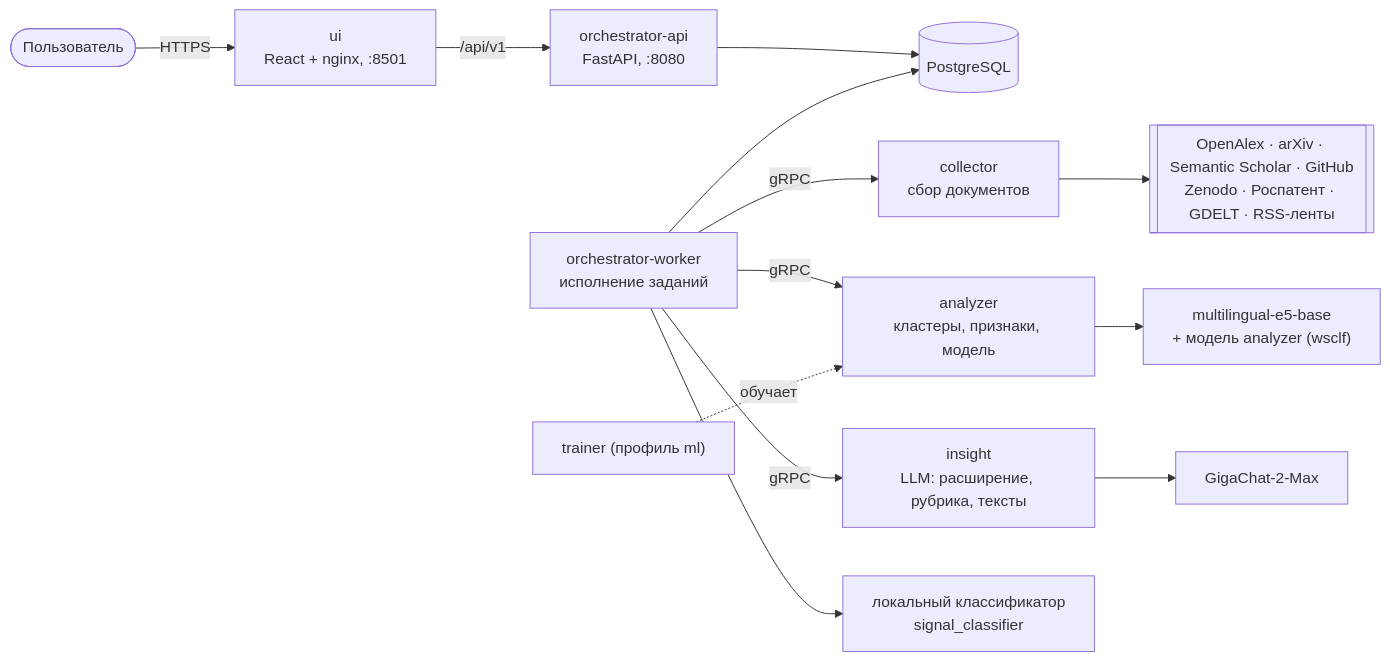
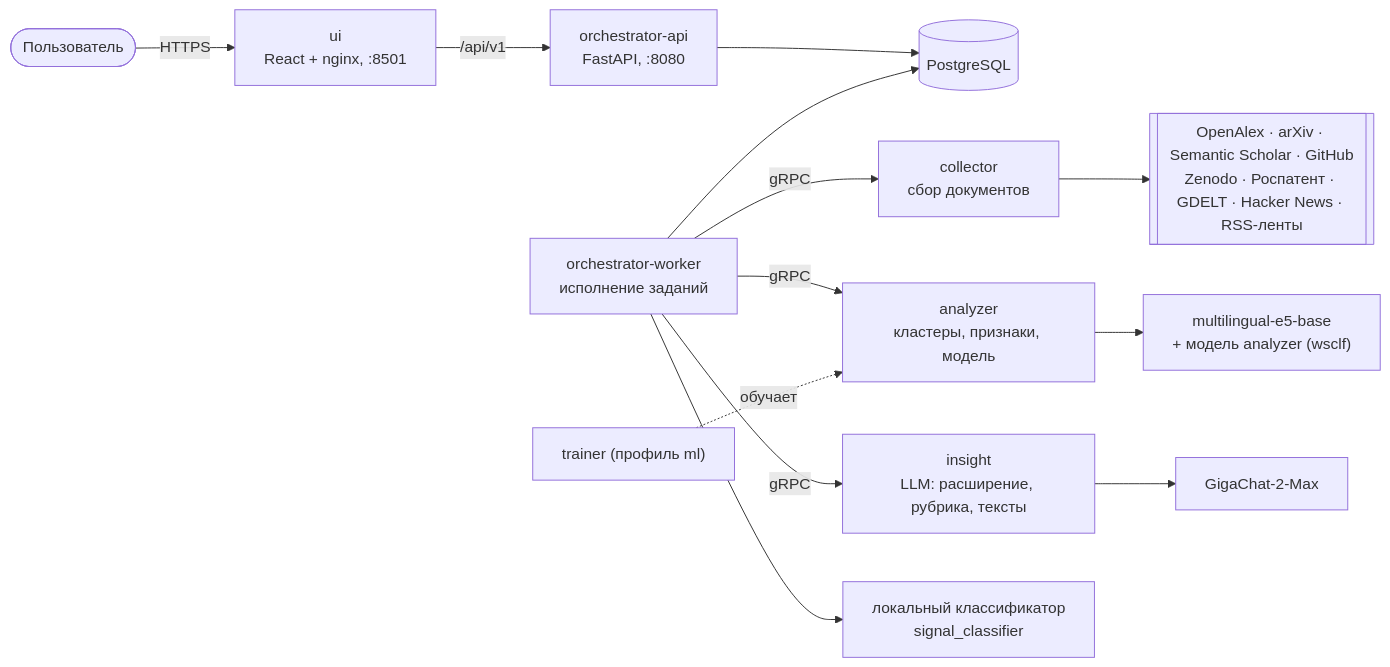
One commit to WlcM111/weak_signals changed the diagram in OVERVIEW.md. Above: the diagram before and after it, drawn with Mermaid. The commit also changed other lines of this file and 28 other files, not shown here.

````diff
--- a/OVERVIEW.md
+++ b/OVERVIEW.md
@@ -22,15 +22,15 @@
 ```mermaid
 flowchart LR
     User([Пользователь]) -->|HTTPS| UI["ui<br/>React + nginx, :8501"]
     UI -->|/api/v1| API["orchestrator-api<br/>FastAPI, :8080"]
     API --> DB[(PostgreSQL)]
     Worker["orchestrator-worker<br/>исполнение заданий"] --> DB
     Worker -->|gRPC| COL["collector<br/>сбор документов"]
     Worker -->|gRPC| AN["analyzer<br/>кластеры, признаки, модель"]
     Worker -->|gRPC| INS["insight<br/>LLM: расширение, рубрика, тексты"]
-    COL --> SRC[["OpenAlex · arXiv · Semantic Scholar · GitHub<br/>Zenodo · Роспатент · GDELT · RSS-ленты"]]
+    COL --> SRC[["OpenAlex · arXiv · Semantic Scholar · GitHub<br/>Zenodo · Роспатент · GDELT · Hacker News · RSS-ленты"]]
     AN --> EMB["multilingual-e5-base<br/>+ модель analyzer (wsclf)"]
     INS --> LLM["GigaChat-2-Max"]
     Worker --> CLF["локальный классификатор<br/>signal_classifier"]
     Trainer["trainer (профиль ml)"] -. обучает .-> AN
 ```
````
